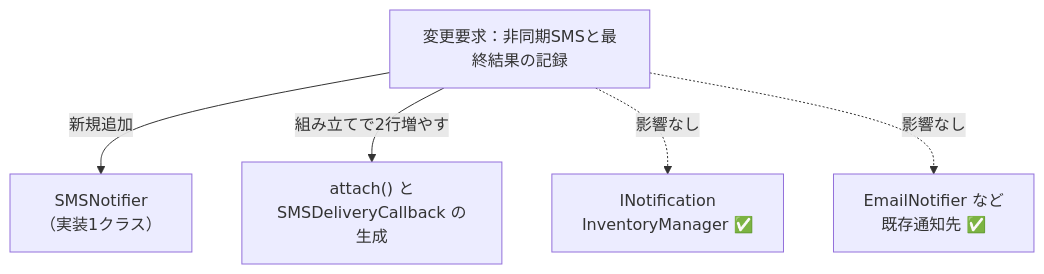
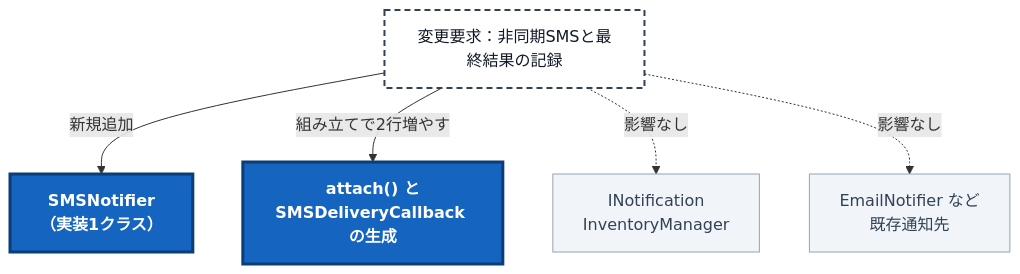
One commit to kumachan1101-pixel/DesignPattern changed diagram 11 of 13 in kindle/design-patterns/books/volume01-core-patterns/output/05-chapter03.md. Above: the diagram before and after it, drawn with Mermaid. The commit also changed other lines of this file and 19 other files, not shown here.

First line of the commit message:
図の変更箇所を色で示し、変更前後の対比の説明構造をそろえる

````diff
--- a/kindle/design-patterns/books/volume01-core-patterns/output/05-chapter03.md
+++ b/kindle/design-patterns/books/volume01-core-patterns/output/05-chapter03.md
@@ -3047,8 +3058,12 @@
 ```mermaid
 graph TD
-    T1["変更要求：非同期SMSと最終結果の記録"]
-        -->|新規追加| N1["SMSNotifier<br>（実装1クラス）"]
-    T1 -->|組み立てで2行増やす| N2["attach() と<br>SMSDeliveryCallback の生成"]
-    T1 -. "影響なし" .-> A["INotification<br>InventoryManager ✅"]
-    T1 -. "影響なし" .-> B["EmailNotifier など<br>既存通知先 ✅"]
+    T1["変更要求：非同期SMSと最終結果の記録"]:::req
+        -->|新規追加| N1["SMSNotifier<br>（実装1クラス）"]:::changed
+    T1 -->|組み立てで2行増やす| N2["attach() と<br>SMSDeliveryCallback の生成"]:::changed
+    T1 -. "影響なし" .-> A["INotification<br>InventoryManager"]:::keep
+    T1 -. "影響なし" .-> B["EmailNotifier など<br>既存通知先"]:::keep
+
+    classDef req fill:#ffffff,stroke:#334155,stroke-width:2px,stroke-dasharray:6 4,color:#111827;
+    classDef keep fill:#f1f5f9,stroke:#94a3b8,color:#334155;
+    classDef changed fill:#1565c0,stroke:#0b3d76,stroke-width:3px,color:#ffffff,font-weight:bold;
 ```
````
